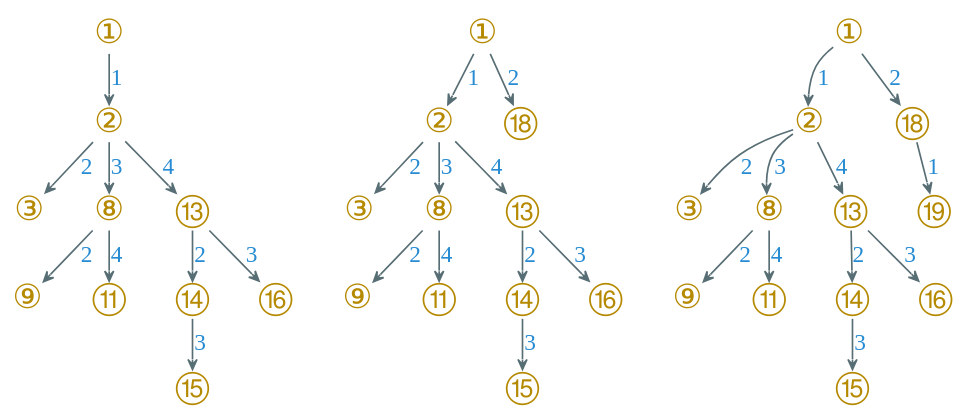
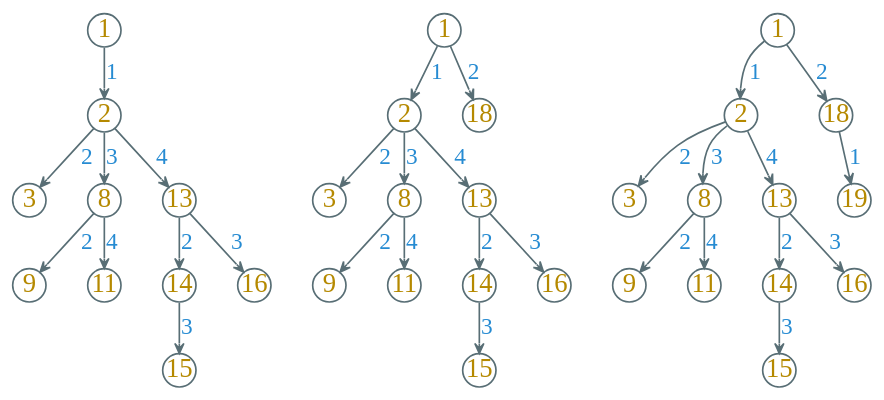
Before and after one commit to Avanti1980/course-alg: the diagram in dot/four-queen-solve4.dot, drawn with Graphviz. The commit also changed 10 other files, not shown here.

```diff
--- a/dot/four-queen-solve4.dot
+++ b/dot/four-queen-solve4.dot
@@ -1,67 +1,67 @@
 digraph g {
     bgcolor=transparent
     rankdir=TB
-    graph [nodesep=0.4, ranksep=0.05]
-    node [shape=plain, color="#586e75", fontcolor="#b58900", fontsize=20, fontname="LXGWWenKai"]
+    graph [nodesep=0.35, ranksep=0.05]
+    node [shape=circle, fixedsize=true, width=0.28, color="#586e75", fontcolor="#b58900", fontsize=16, fontname="LXGWWenKai"]
     edge [arrowhead=vee, color="#586e75", fontcolor="#268bd2", fontsize=14, fontname="LXGWWenKai" arrowsize=0.6]
 
-    n10 [label=①]
-    n11 [label=②]
-    n12 [label=③]
-    n13 [label=⑧]
-    n14 [label=⑨]
-    n15 [label=⑪]
-    n16 [label=⑬]
-    n17 [label=⑭]
-    n18 [label=⑮]
-    n19 [label=⑯]
+    n10 [label=1]
+    n11 [label=2]
+    n12 [label=3]
+    n13 [label=8]
+    n14 [label=9]
+    n15 [label=11]
+    n16 [label=13]
+    n17 [label=14]
+    n18 [label=15]
+    n19 [label=16]
 
     n10 -> n11 [label="1"]
     n11 -> n12 [label="2"]
     n11 -> n13 [label="3"]
     n13 -> n14 [label="2"]
     n13 -> n15 [label="4"]
     n11 -> n16 [label="4"]
     n16 -> n17 [label="2"]
     n17 -> n18 [label="3"]
     n16 -> n19 [label="3"]
 
-    n1 [label=①]
-    n2 [label=②]
-    n3 [label=③]
-    n4 [label=⑧]
-    n5 [label=⑨]
-    n6 [label=⑪]
-    n7 [label=⑬]
-    n8 [label=⑭]
-    n9 [label=⑮]
-    n0 [label=⑯]
-    n20 [label=⑱]
+    n1 [label=1]
+    n2 [label=2]
+    n3 [label=3]
+    n4 [label=8]
+    n5 [label=9]
+    n6 [label=11]
+    n7 [label=13]
+    n8 [label=14]
+    n9 [label=15]
+    n0 [label=16]
+    n20 [label=18]
 
     n1 -> n2 [label="1"]
     n2 -> n3 [label="2"]
     n2 -> n4 [label="3"]
     n4 -> n5 [label="2"]
     n4 -> n6 [label="4"]
     n2 -> n7 [label="4"]
     n7 -> n8 [label="2"]
     n7 -> n0 [label="3"]
     n8 -> n9 [label="3"]
     n1 -> n20 [label="2"]
 
-    ① -> ② [label="1"]
+    1 -> 2 [label="1"]
 
-    ② -> ③ [label="2"]
-    ② -> ⑧ [label="3"]
-    ② -> ⑬ [label="4"]
+    2 -> 3 [label="2"]
+    2 -> 8 [label="3"]
+    2 -> 13 [label="4"]
 
-    ⑧ -> ⑨ [label="2"]
-    ⑧ -> ⑪ [label="4"]
+    8 -> 9 [label="2"]
+    8 -> 11 [label="4"]
 
-    ⑬ -> ⑭ [label="2"]
-    ⑭ -> ⑮ [label="3"]
-    ⑬ -> ⑯ [label="3"]
+    13 -> 14 [label="2"]
+    14 -> 15 [label="3"]
+    13 -> 16 [label="3"]
 
-    ① -> ⑱ [label="2"]
-    ⑱ -> ⑲ [label="1"]
+    1 -> 18 [label="2"]
+    18 -> 19 [label="1"]
 }
```
